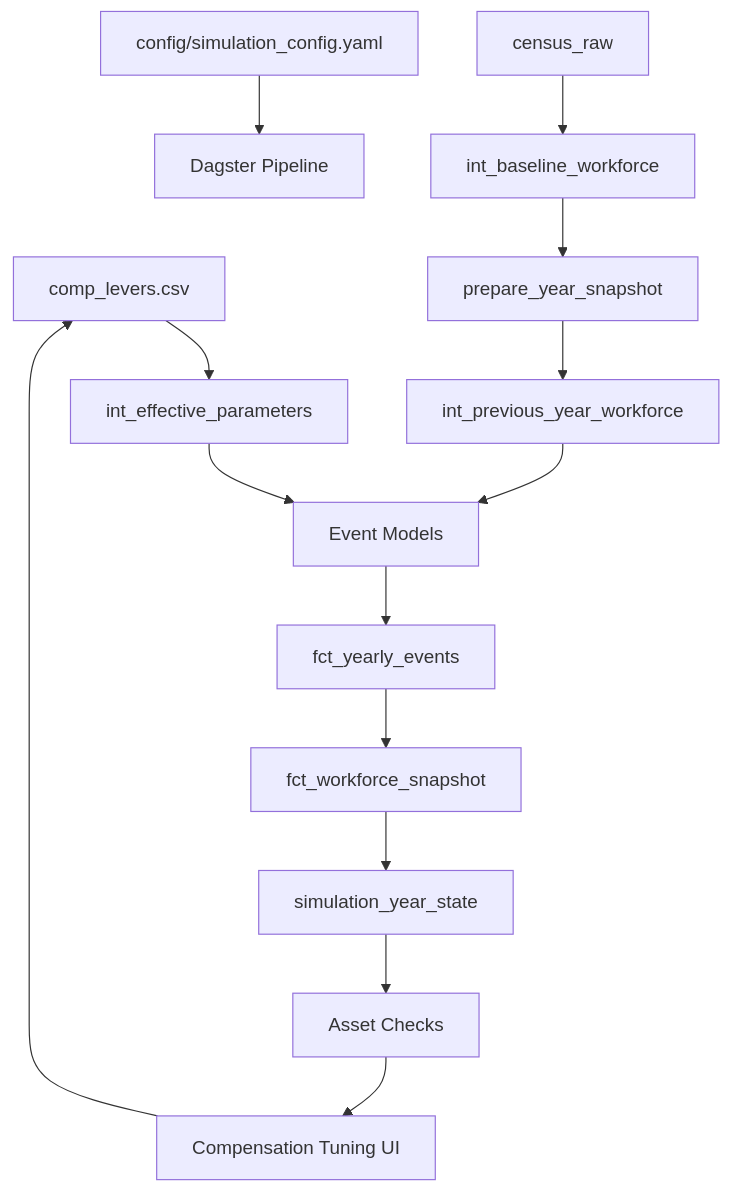
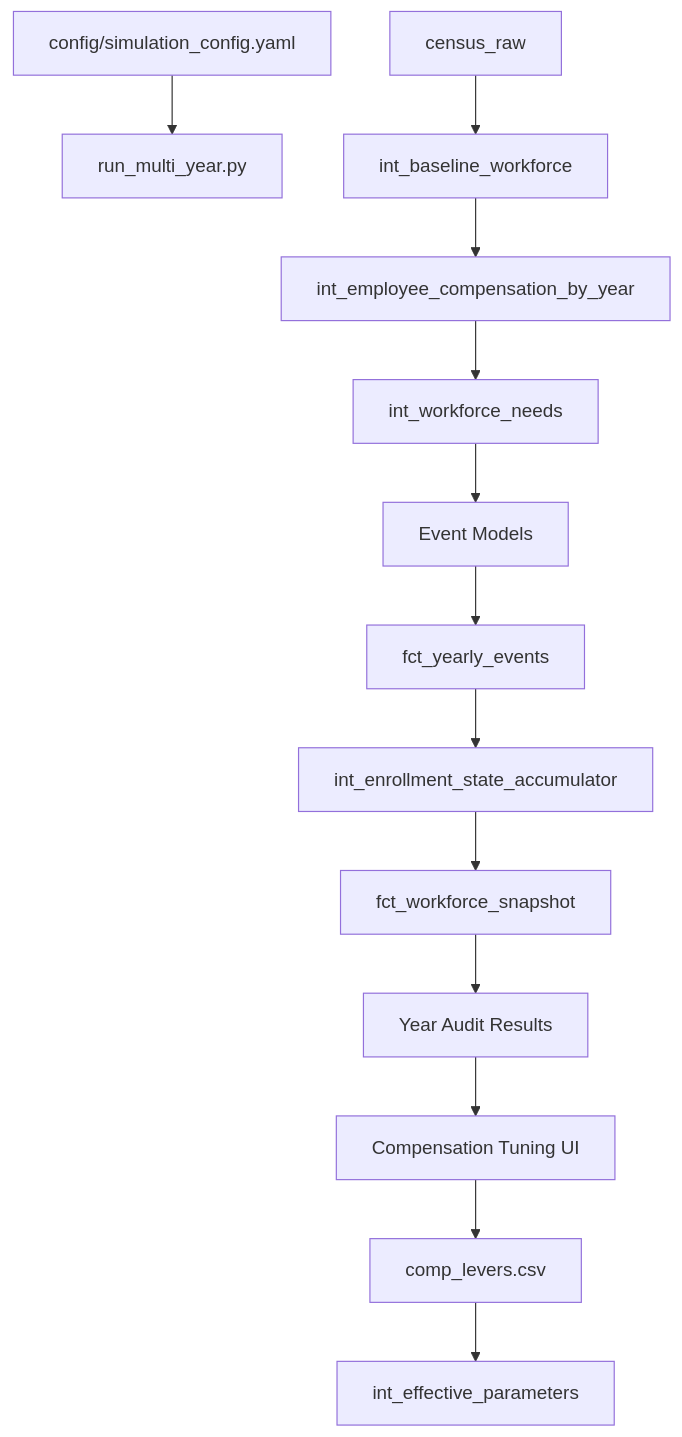
The diagram in CLAUDE.md (crzyc98/planwise_navigator), drawn with Mermaid before and after one commit. The commit also changed other lines of this file and 28 other files, not shown here.

First line of the commit message:
feat: Implement Epic E033 - Compensation Parameter Config Integration and Enrollment Fixes

````diff
--- a/CLAUDE.md
+++ b/CLAUDE.md
@@ -35,16 +35,15 @@
 ```mermaid
 graph TD
-    config[config/simulation_config.yaml] --> dagster[Dagster Pipeline]
+    config[config/simulation_config.yaml] --> runner[run_multi_year.py]
     params[comp_levers.csv] --> parameters[int_effective_parameters]
     census[census_raw] --> baseline[int_baseline_workforce]
-    baseline --> snapshot[prepare_year_snapshot]
-    snapshot --> prev_year[int_previous_year_workforce]
-    parameters --> events[Event Models]
-    prev_year --> events[Event Models]
+    baseline --> compensation[int_employee_compensation_by_year]
+    compensation --> needs[int_workforce_needs]
+    needs --> events[Event Models]
     events --> yearly_events[fct_yearly_events]
-    yearly_events --> workforce[fct_workforce_snapshot]
-    workforce --> state[simulation_year_state]
-    state --> checks[Asset Checks]
-    checks --> tuning[Compensation Tuning UI]
+    yearly_events --> accumulator[int_enrollment_state_accumulator]
+    accumulator --> workforce[fct_workforce_snapshot]
+    workforce --> audit[Year Audit Results]
+    audit --> tuning[Compensation Tuning UI]
     tuning --> params
 ```
````
